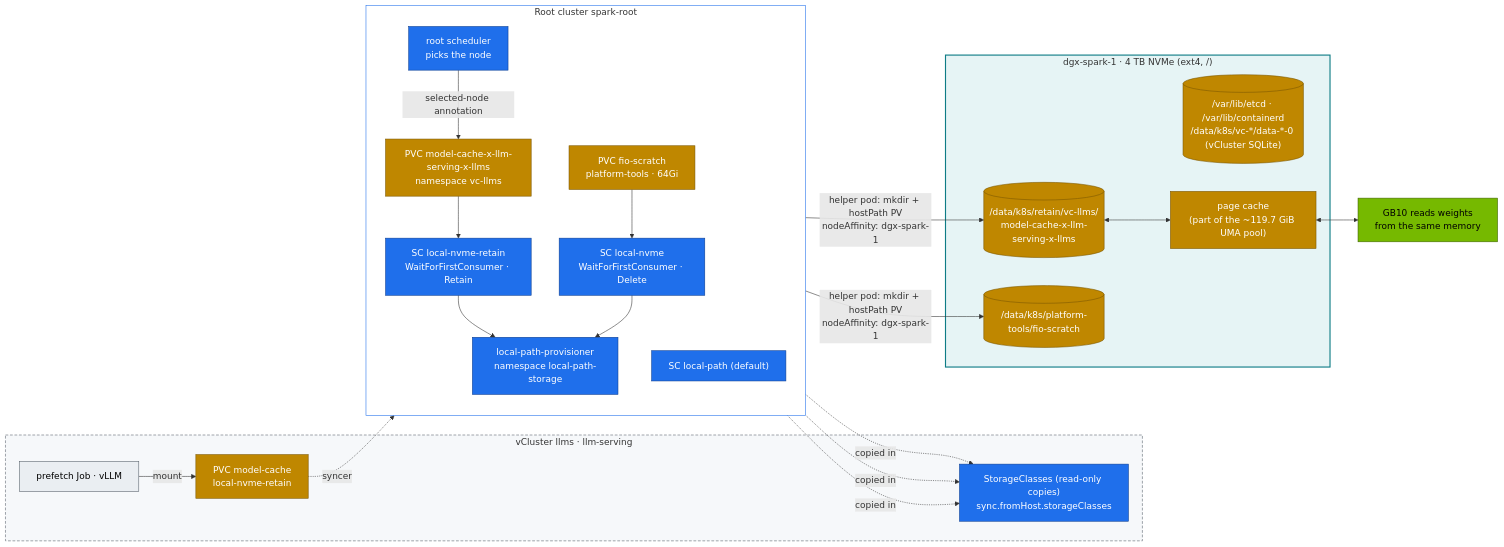
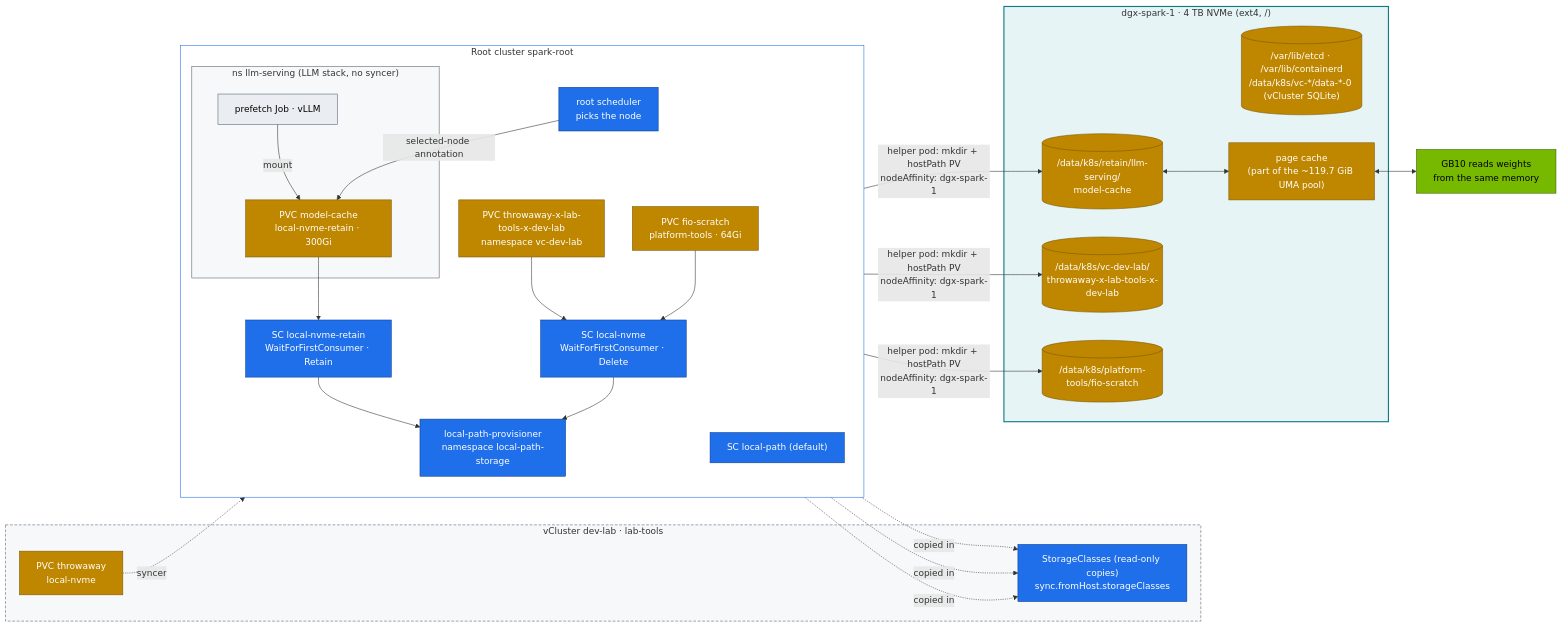
One commit to cloudone365/technical-depth changed the diagram in 02-Kubernetes/13-storage-csi-and-high-performance-volumes.md. Above: the diagram before and after it, drawn with Mermaid. The commit also changed other lines of this file and 58 other files, not shown here.

First line of the commit message:
Docs: dev-llms sandbox vCluster, LLM stack on the root, shared ~90 GiB pool, headless DGX OS

````diff
--- a/02-Kubernetes/13-storage-csi-and-high-performance-volumes.md
+++ b/02-Kubernetes/13-storage-csi-and-high-performance-volumes.md
@@ -29,44 +29,50 @@
 ```mermaid
 flowchart LR
-  subgraph LLMS["vCluster llms · llm-serving"]
-    PVCV["PVC model-cache<br/>local-nvme-retain"]
-    PODV["prefetch Job · vLLM"]
+  subgraph VC["vCluster dev-lab · lab-tools"]
+    PVCV["PVC throwaway<br/>local-nvme"]
     SCV["StorageClasses (read-only copies)<br/>sync.fromHost.storageClasses"]
   end
   subgraph ROOT["Root cluster spark-root"]
     direction TB
     SC1["SC local-nvme-retain<br/>WaitForFirstConsumer · Retain"]
     SC2["SC local-nvme<br/>WaitForFirstConsumer · Delete"]
     SC0["SC local-path (default)"]
-    PVCR["PVC model-cache-x-llm-serving-x-llms<br/>namespace vc-llms"]
+    subgraph LLMS["ns llm-serving (LLM stack, no syncer)"]
+      PODV["prefetch Job · vLLM"]
+      PVCM["PVC model-cache<br/>local-nvme-retain · 300Gi"]
+    end
+    PVCR["PVC throwaway-x-lab-tools-x-dev-lab<br/>namespace vc-dev-lab"]
     PVC2["PVC fio-scratch<br/>platform-tools · 64Gi"]
     SCHED["root scheduler<br/>picks the node"]
     PROV["local-path-provisioner<br/>namespace local-path-storage"]
   end
   subgraph HOST["dgx-spark-1 · 4 TB NVMe (ext4, /)"]
-    D1[("/data/k8s/retain/vc-llms/<br/>model-cache-x-llm-serving-x-llms")]
+    D1[("/data/k8s/retain/llm-serving/<br/>model-cache")]
+    D4[("/data/k8s/vc-dev-lab/<br/>throwaway-x-lab-tools-x-dev-lab")]
     D2[("/data/k8s/platform-tools/fio-scratch")]
     D3[("/var/lib/etcd · /var/lib/containerd<br/>/data/k8s/vc-*/data-*-0 (vCluster SQLite)")]
     PC["page cache<br/>(part of the ~119.7 GiB UMA pool)"]
   end
   SC1 & SC2 & SC0 -. "copied in" .-> SCV
-  PODV -->|mount| PVCV
+  PODV -->|mount| PVCM
+  PVCM --> SC1 --> PROV
   PVCV -. "syncer" .-> PVCR
-  PVCR --> SC1 --> PROV
+  PVCR --> SC2
   PVC2 --> SC2 --> PROV
-  SCHED -->|"selected-node annotation"| PVCR
-  PROV -->|"helper pod: mkdir + hostPath PV<br/>nodeAffinity: dgx-spark-1"| D1 & D2
+  SCHED -->|"selected-node annotation"| PVCM
+  PROV -->|"helper pod: mkdir + hostPath PV<br/>nodeAffinity: dgx-spark-1"| D1 & D2 & D4
   D1 <--> PC
   PC <--> GPU["GB10 reads weights<br/>from the same memory"]
   classDef store fill:#bf8700,stroke:#7a5600,color:#fff
   classDef ctrl fill:#1f6feb,stroke:#0b3d91,color:#fff
   classDef gpu fill:#76b900,stroke:#3d6000,color:#000
   classDef tenant fill:#eaeef2,stroke:#57606a,color:#000
-  class PVCV,PVCR,PVC2,D1,D2,D3,PC store
+  class PVCV,PVCM,PVCR,PVC2,D1,D2,D3,D4,PC store
   class SC0,SC1,SC2,SCV,PROV,SCHED ctrl
   class GPU gpu
   class PODV tenant
   style HOST fill:#e6f4f5,stroke:#0e7c86,stroke-width:2px
   style ROOT fill:#ffffff,stroke:#1f6feb
-  style LLMS fill:#f6f8fa,stroke:#57606a,stroke-dasharray:5 3
+  style VC fill:#f6f8fa,stroke:#57606a,stroke-dasharray:5 3
+  style LLMS fill:#f6f8fa,stroke:#57606a
 ```
````
